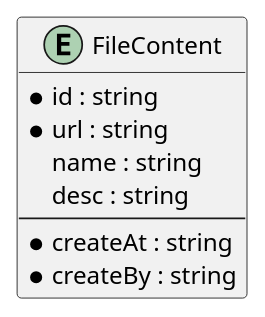
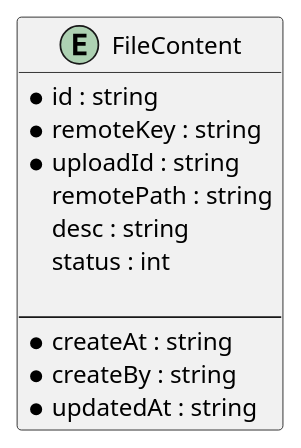
Before and after one commit to jintto-couple/haminimi-family-photo-backend-service: the diagram in erd.puml, drawn with PlantUML. The commit also changed 2 other files, not shown here.

```diff
--- a/erd.puml
+++ b/erd.puml
@@ -1,14 +1,18 @@
 @startuml
 'https://plantuml.com/component-diagram
 
 entity FileContent {
 * id : string
-* url : string
-name : string
+* remoteKey : string
+* uploadId : string
+remotePath : string
 desc : string
+status : int
+
 --
 * createAt : string
 * createBy : string
+* updatedAt : string
 }
 
 @enduml
```
